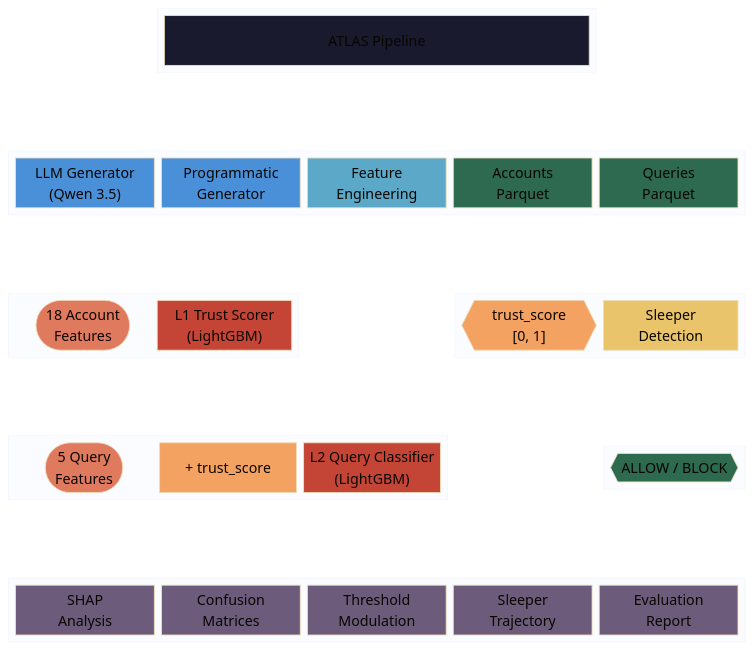
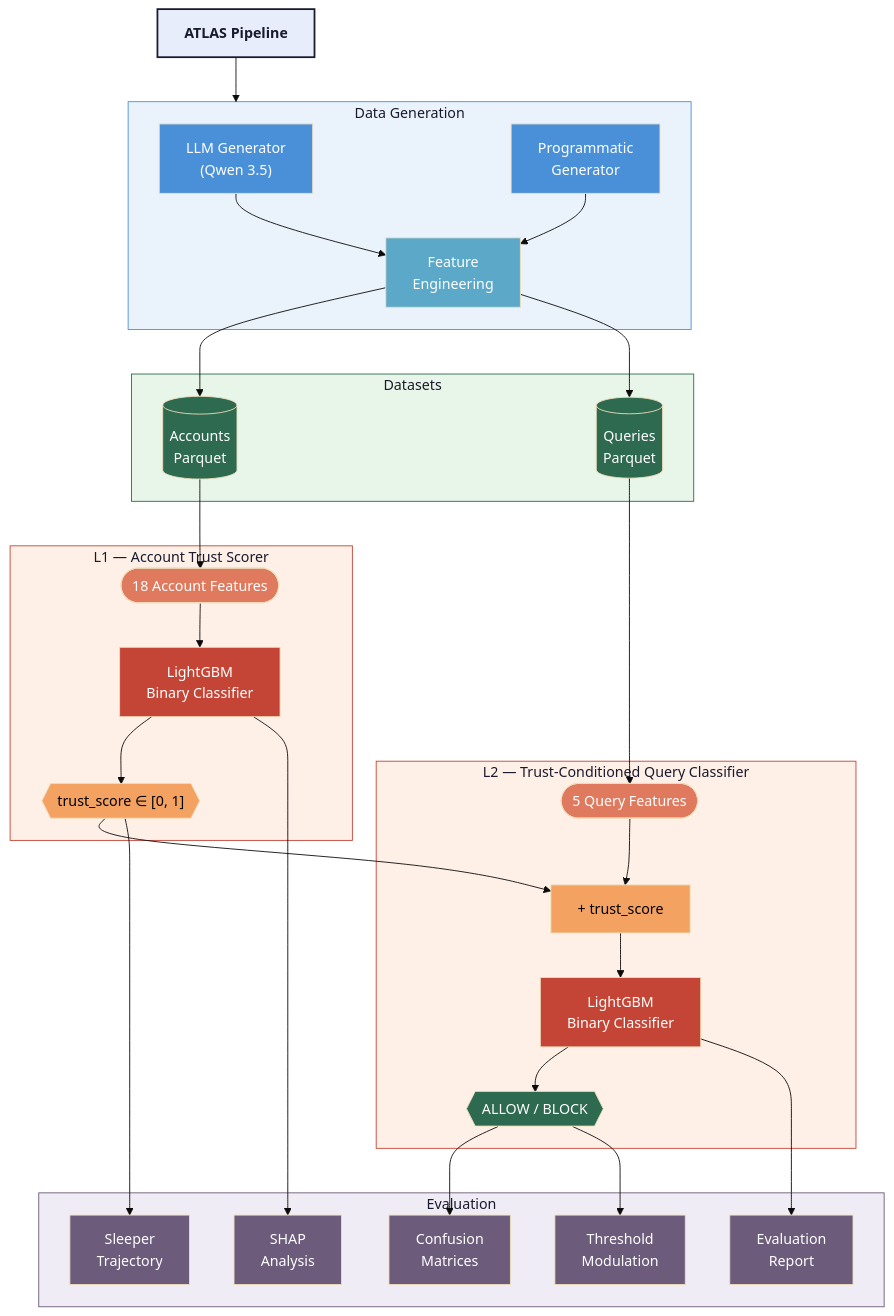
Before and after one commit to prashantkul/atlas: the first of 4 diagrams in README.md, drawn with Mermaid (base theme).

Commit message:
fix: switch architecture diagram to flowchart with arrows and light title background

````diff
--- a/README.md
+++ b/README.md
@@ -30,72 +30,79 @@
 ```mermaid
-block-beta
-  columns 5
+flowchart TD
+  title["ATLAS Pipeline"]
 
-  space:1 block:header:3
-    title["ATLAS Pipeline"]
-  end space:1
-
-  space:5
-
-  block:data:5
+  subgraph DATA ["Data Generation"]
     d1["LLM Generator\n(Qwen 3.5)"]
     d2["Programmatic\nGenerator"]
     d3["Feature\nEngineering"]
-    d4["Accounts\nParquet"]
-    d5["Queries\nParquet"]
   end
 
-  space:5
-
-  block:l1block:2
-    l1in(["18 Account\nFeatures"])
-    l1["L1 Trust Scorer\n(LightGBM)"]
-  end
-  space:1
-  block:l1out:2
-    ts{{"trust_score\n[0, 1]"}}
-    l1e["Sleeper\nDetection"]
+  subgraph STORE ["Datasets"]
+    d4[("Accounts\nParquet")]
+    d5[("Queries\nParquet")]
   end
 
-  space:5
+  subgraph L1 ["L1 — Account Trust Scorer"]
+    l1in(["18 Account Features"])
+    l1["LightGBM\nBinary Classifier"]
+    ts{{"trust_score ∈ [0, 1]"}}
+  end
 
-  block:l2block:3
-    l2in(["5 Query\nFeatures"])
+  subgraph L2 ["L2 — Trust-Conditioned Query Classifier"]
+    l2in(["5 Query Features"])
     plus["+ trust_score"]
-    l2["L2 Query Classifier\n(LightGBM)"]
-  end
-  space:1
-  block:l2out:1
+    l2["LightGBM\nBinary Classifier"]
     dec{{"ALLOW / BLOCK"}}
   end
 
-  space:5
-
-  block:eval:5
+  subgraph EVAL ["Evaluation"]
     ev1["SHAP\nAnalysis"]
     ev2["Confusion\nMatrices"]
     ev3["Threshold\nModulation"]
     ev4["Sleeper\nTrajectory"]
     ev5["Evaluation\nReport"]
   end
 
-  style title fill:#1a1a2e,color:#fff
+  title --> DATA
+  d1 --> d3
+  d2 --> d3
+  d3 --> d4
+  d3 --> d5
+  d4 --> l1in
+  l1in --> l1
+  l1 --> ts
+  d5 --> l2in
+  ts --> plus
+  l2in --> plus
+  plus --> l2
+  l2 --> dec
+  ts --> ev4
+  l1 --> ev1
+  dec --> ev2
+  dec --> ev3
+  l2 --> ev5
+
+  style title fill:#e8edfc,color:#1a1a2e,stroke:#1a1a2e,stroke-width:2px,font-weight:bold
+  style DATA fill:#eaf2fb,stroke:#4a90d9,color:#1a1a2e
+  style STORE fill:#e8f5e9,stroke:#2d6a4f,color:#1a1a2e
+  style L1 fill:#fef0e6,stroke:#c44536,color:#1a1a2e
+  style L2 fill:#fef0e6,stroke:#c44536,color:#1a1a2e
+  style EVAL fill:#f0ecf5,stroke:#6c5b7b,color:#1a1a2e
   style d1 fill:#4a90d9,color:#fff
   style d2 fill:#4a90d9,color:#fff
   style d3 fill:#5ba8c8,color:#fff
   style d4 fill:#2d6a4f,color:#fff
   style d5 fill:#2d6a4f,color:#fff
   style l1in fill:#e07a5f,color:#fff
   style l1 fill:#c44536,color:#fff
   style ts fill:#f4a261,color:#000
-  style l1e fill:#e9c46a,color:#000
   style l2in fill:#e07a5f,color:#fff
   style plus fill:#f4a261,color:#000
   style l2 fill:#c44536,color:#fff
   style dec fill:#2d6a4f,color:#fff
   style ev1 fill:#6c5b7b,color:#fff
   style ev2 fill:#6c5b7b,color:#fff
   style ev3 fill:#6c5b7b,color:#fff
   style ev4 fill:#6c5b7b,color:#fff
   style ev5 fill:#6c5b7b,color:#fff
 ```
````
